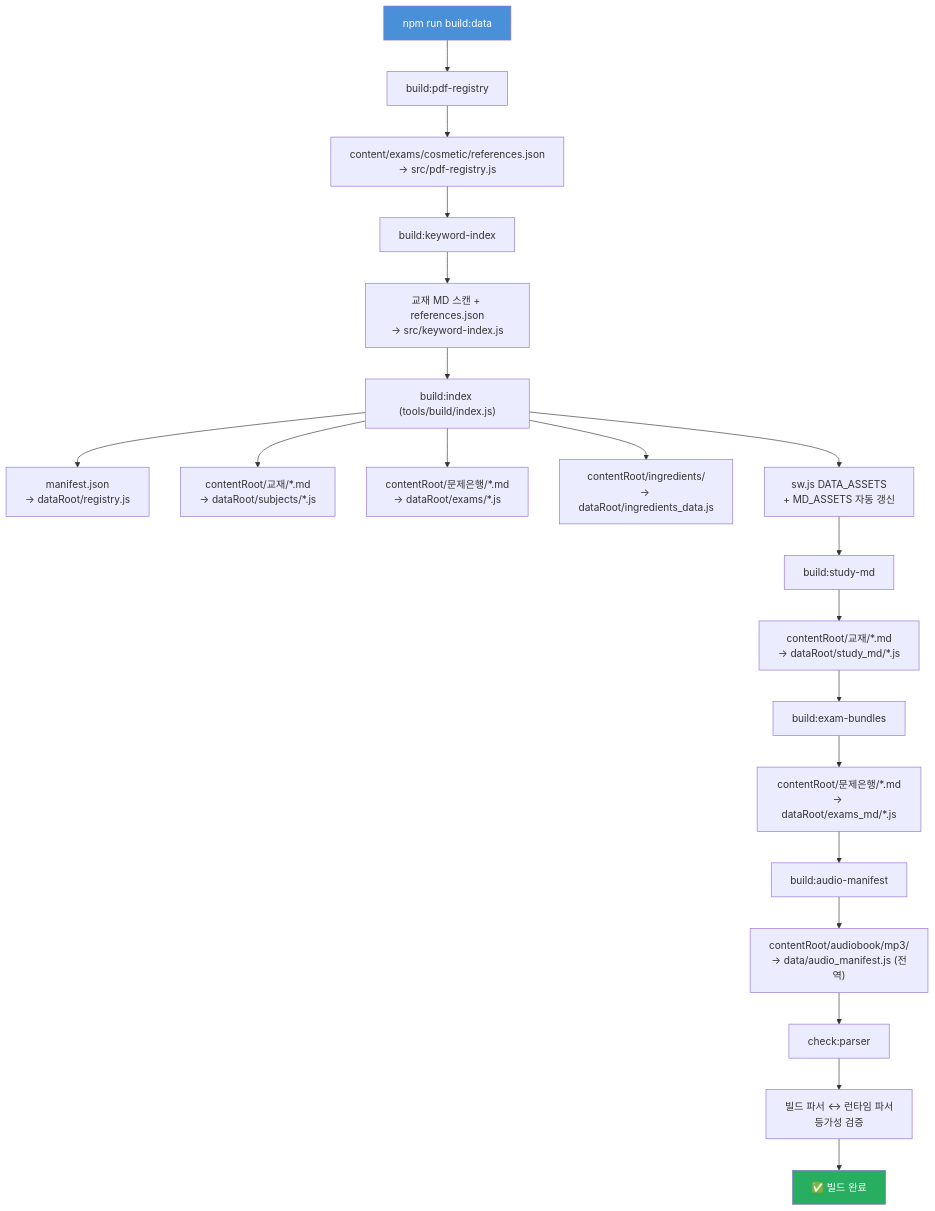
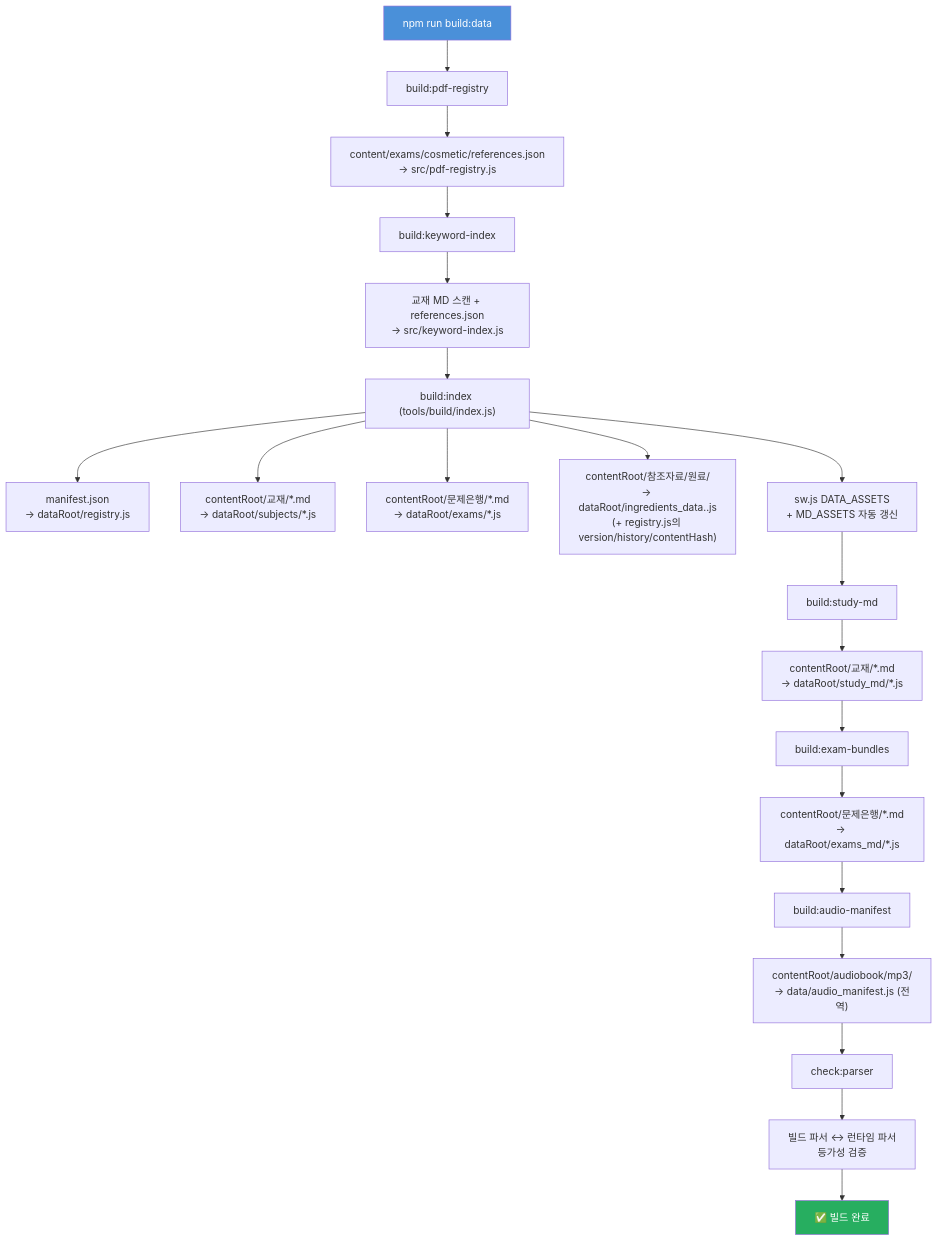
Before and after one commit to skygoldlee-cyber/Personalized_Skincare: the second of 5 diagrams in docs/dev/CONTENT_WORKFLOW.md, drawn with Mermaid. The commit also changed other lines of this file and 9 other files, not shown here.

````diff
--- a/docs/dev/CONTENT_WORKFLOW.md
+++ b/docs/dev/CONTENT_WORKFLOW.md
@@ -120,25 +120,25 @@
 ```mermaid
 flowchart TD
     A["npm run build:data"] --> B["build:pdf-registry"]
     B --> B1["content/exams/cosmetic/references.json<br/>→ src/pdf-registry.js"]
     B1 --> C["build:keyword-index"]
     C --> C1["교재 MD 스캔 + references.json<br/>→ src/keyword-index.js"]
     C1 --> D["build:index (tools/build/index.js)"]
     D --> D1["manifest.json<br/>→ dataRoot/registry.js"]
     D --> D2["contentRoot/교재/*.md<br/>→ dataRoot/subjects/*.js"]
     D --> D3["contentRoot/문제은행/*.md<br/>→ dataRoot/exams/*.js"]
-    D --> D4["contentRoot/ingredients/<br/>→ dataRoot/ingredients_data.js"]
+    D --> D4["contentRoot/참조자료/원료/<br/>→ dataRoot/ingredients_data.<hash>.js<br/>(+ registry.js의 version/history/contentHash)"]
     D --> D5["sw.js DATA_ASSETS<br/>+ MD_ASSETS 자동 갱신"]
     D5 --> E["build:study-md"]
     E --> E1["contentRoot/교재/*.md<br/>→ dataRoot/study_md/*.js"]
     E1 --> F["build:exam-bundles"]
     F --> F1["contentRoot/문제은행/*.md<br/>→ dataRoot/exams_md/*.js"]
     F1 --> G["build:audio-manifest"]
     G --> G1["contentRoot/audiobook/mp3/<br/>→ data/audio_manifest.js (전역)"]
     G1 --> H["check:parser"]
     H --> H1["빌드 파서 ↔ 런타임 파서<br/>등가성 검증"]
     H1 --> I["✅ 빌드 완료"]
 
     style A fill:#4a90d9,color:#fff
     style I fill:#27ae60,color:#fff
 ```
````
